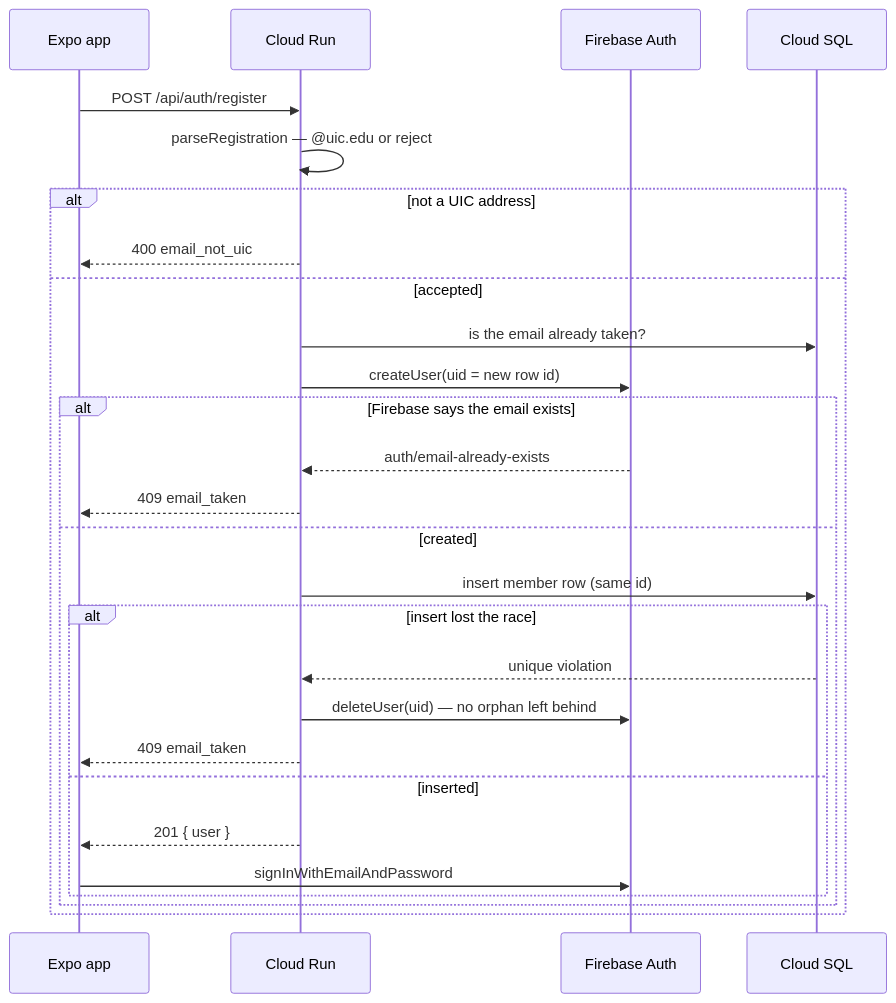
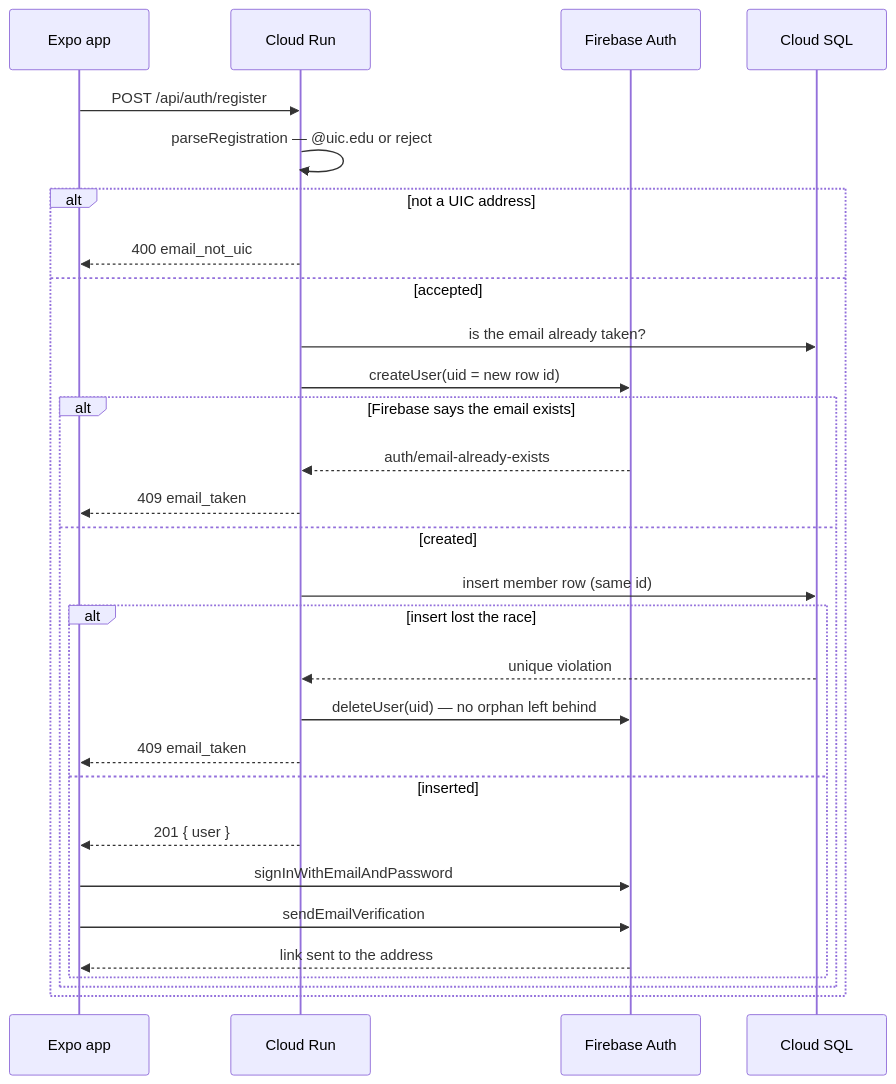
Before and after one commit to SHPE-UIC/shpe-web-app: the third of 12 diagrams in docs/ARCHITECTURE.md, drawn with Mermaid. The commit also changed other lines of this file and 22 other files, not shown here.

First line of the commit message:
Add email verification gate and backfill flow

````diff
--- a/docs/ARCHITECTURE.md
+++ b/docs/ARCHITECTURE.md
@@ -117,31 +132,33 @@
 ```mermaid
 sequenceDiagram
     participant App as Expo app
     participant API as Cloud Run
     participant FB as Firebase Auth
     participant DB as Cloud SQL
 
     App->>API: POST /api/auth/register
     API->>API: parseRegistration — @uic.edu or reject
 
     alt not a UIC address
         API-->>App: 400 email_not_uic
     else accepted
         API->>DB: is the email already taken?
         API->>FB: createUser(uid = new row id)
         alt Firebase says the email exists
             FB-->>API: auth/email-already-exists
             API-->>App: 409 email_taken
         else created
             API->>DB: insert member row (same id)
             alt insert lost the race
                 DB-->>API: unique violation
                 API->>FB: deleteUser(uid) — no orphan left behind
                 API-->>App: 409 email_taken
             else inserted
                 API-->>App: 201 { user }
                 App->>FB: signInWithEmailAndPassword
+                App->>FB: sendEmailVerification
+                FB-->>App: link sent to the address
             end
         end
     end
 ```
````
